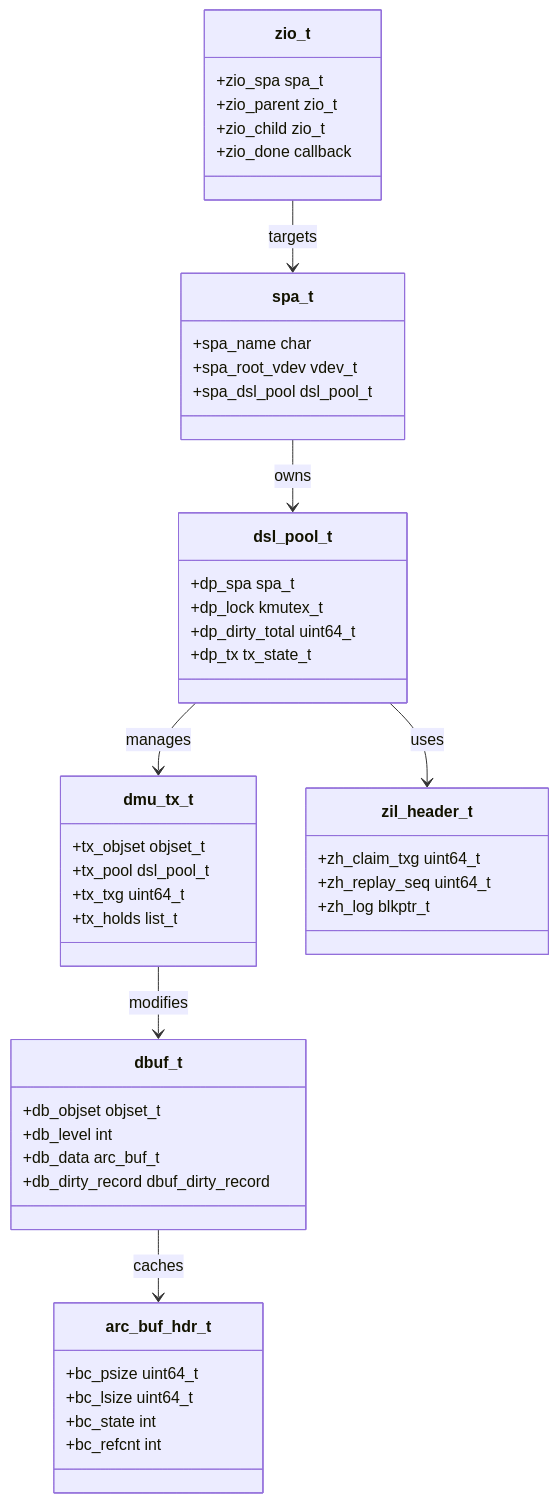
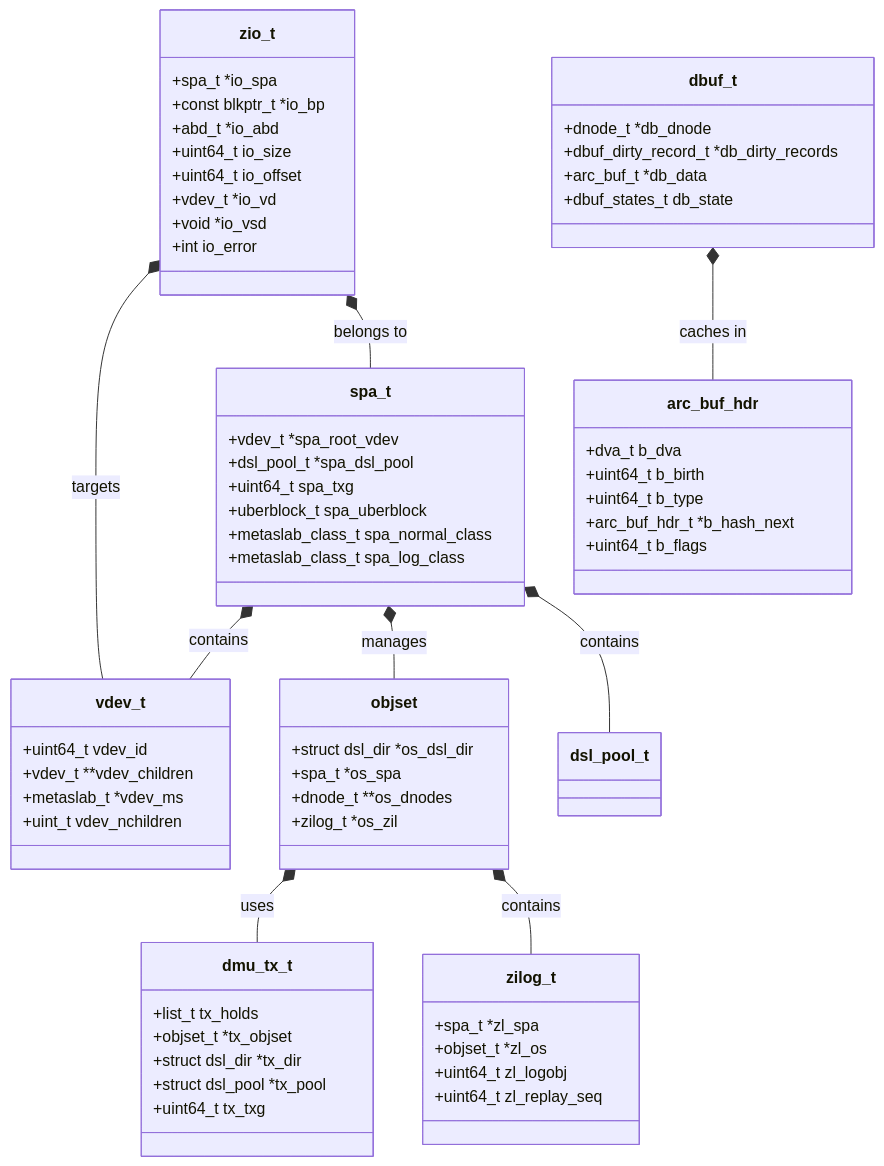
One commit to ocochard/freebsd-src changed the diagram in sys/contrib/openzfs/README_freebsd.md. Above: the diagram before and after it, drawn with Mermaid. The commit also changed other lines of this file and 26 other files, not shown here.

````diff
--- a/sys/contrib/openzfs/README_freebsd.md
+++ b/sys/contrib/openzfs/README_freebsd.md
@@ -113,49 +292,75 @@
 ```mermaid
 classDiagram
-  class spa_t {
-    +spa_name char
-    +spa_root_vdev vdev_t
-    +spa_dsl_pool dsl_pool_t
-  }
-  class dsl_pool_t {
-    +dp_spa spa_t
-    +dp_lock kmutex_t
-    +dp_dirty_total uint64_t
-    +dp_tx tx_state_t
-  }
-  class dmu_tx_t {
-    +tx_objset objset_t
-    +tx_pool dsl_pool_t
-    +tx_txg uint64_t
-    +tx_holds list_t
-  }
-  class dbuf_t {
-    +db_objset objset_t
-    +db_level int
-    +db_data arc_buf_t
-    +db_dirty_record dbuf_dirty_record
-  }
-  class zio_t {
-    +zio_spa spa_t
-    +zio_parent zio_t
-    +zio_child zio_t
-    +zio_done callback
-  }
-  class zil_header_t {
-    +zh_claim_txg uint64_t
-    +zh_replay_seq uint64_t
-    +zh_log blkptr_t
-  }
-  class arc_buf_hdr_t {
-    +bc_psize uint64_t
-    +bc_lsize uint64_t
-    +bc_state int
-    +bc_refcnt int
-  }
-  spa_t --> dsl_pool_t : owns
-  dsl_pool_t --> dmu_tx_t : manages
-  dmu_tx_t --> dbuf_t : modifies
-  dbuf_t --> arc_buf_hdr_t : caches
-  zio_t --> spa_t : targets
-  dsl_pool_t --> zil_header_t : uses
+    class spa_t {
+        +vdev_t *spa_root_vdev
+        +dsl_pool_t *spa_dsl_pool
+        +uint64_t spa_txg
+        +uberblock_t spa_uberblock
+        +metaslab_class_t spa_normal_class
+        +metaslab_class_t spa_log_class
+    }
+
+    class vdev_t {
+        +uint64_t vdev_id
+        +vdev_t **vdev_children
+        +metaslab_t *vdev_ms
+        +uint_t vdev_nchildren
+    }
+
+    class objset {
+        +struct dsl_dir *os_dsl_dir
+        +spa_t *os_spa
+        +dnode_t **os_dnodes
+        +zilog_t *os_zil
+    }
+
+    class dmu_tx_t {
+        +list_t tx_holds
+        +objset_t *tx_objset
+        +struct dsl_dir *tx_dir
+        +struct dsl_pool *tx_pool
+        +uint64_t tx_txg
+    }
+
+    class arc_buf_hdr {
+        +dva_t b_dva
+        +uint64_t b_birth
+        +uint64_t b_type
+        +arc_buf_hdr_t *b_hash_next
+        +uint64_t b_flags
+    }
+
+    class zio_t {
+        +spa_t *io_spa
+        +const blkptr_t *io_bp
+        +abd_t *io_abd
+        +uint64_t io_size
+        +uint64_t io_offset
+        +vdev_t *io_vd
+        +void *io_vsd
+        +int io_error
+    }
+
+    class dbuf_t {
+        +dnode_t *db_dnode
+        +dbuf_dirty_record_t *db_dirty_records
+        +arc_buf_t *db_data
+        +dbuf_states_t db_state
+    }
+
+    class zilog_t {
+        +spa_t *zl_spa
+        +objset_t *zl_os
+        +uint64_t zl_logobj
+        +uint64_t zl_replay_seq
+    }
+
+    spa_t *-- vdev_t : contains
+    spa_t *-- objset : manages
+    spa_t *-- dsl_pool_t : contains
+    objset *-- dmu_tx_t : uses
+    objset *-- zilog_t : contains
+    dbuf_t *-- arc_buf_hdr : caches in
+    zio_t *-- vdev_t : targets
+    zio_t *-- spa_t : belongs to
 ```
````
